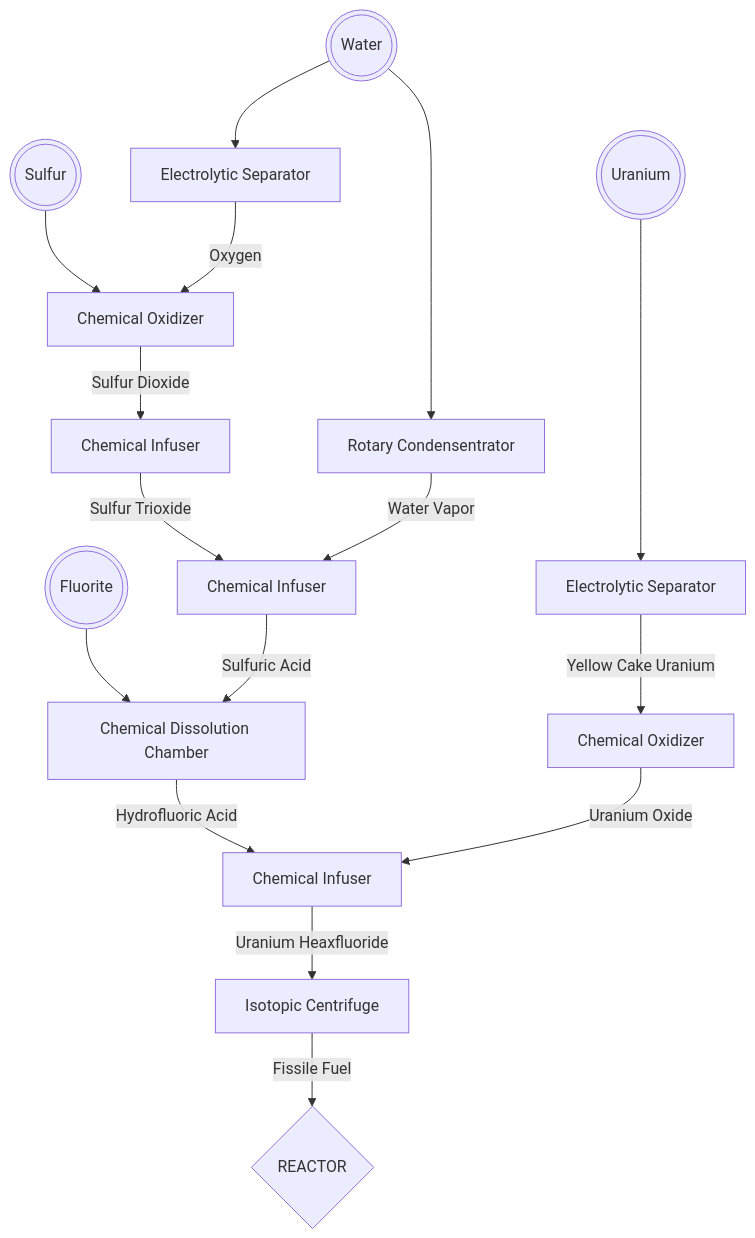
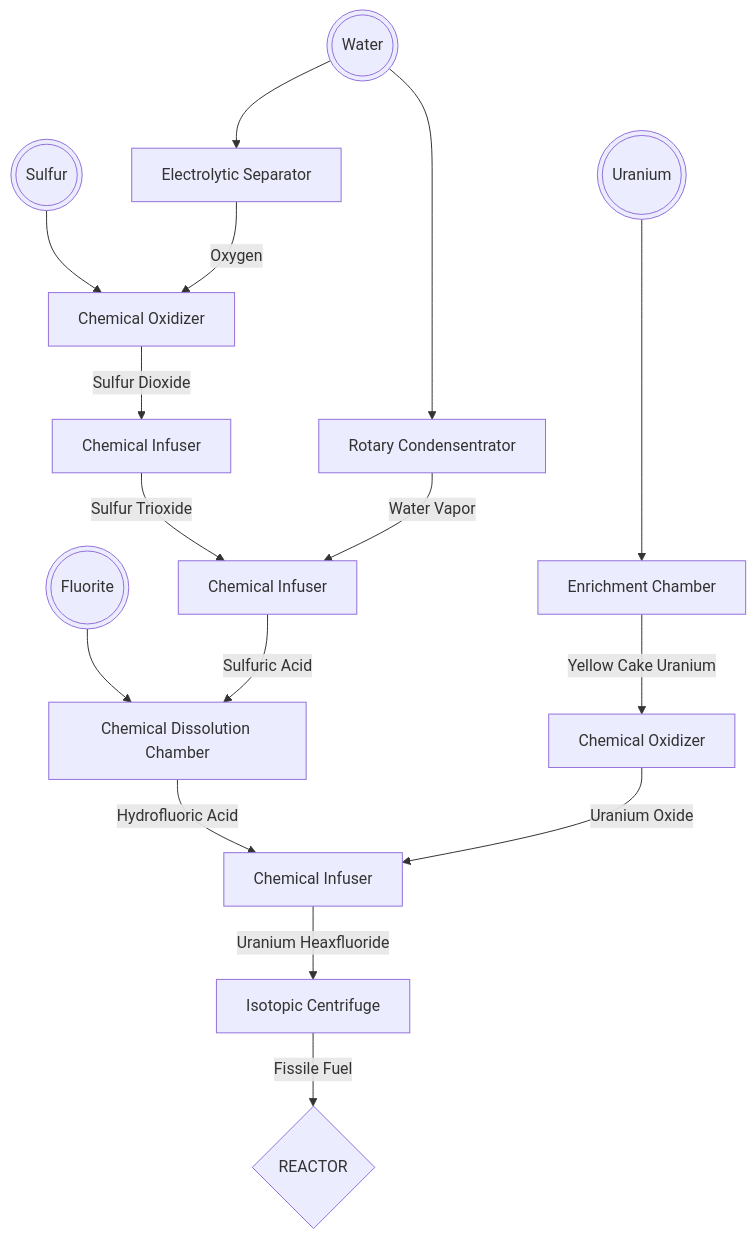
One commit to AllTheMods/alltheguides changed the diagram in docs/atm6/mekanism.md. Above: the diagram before and after it, drawn with Mermaid.

````diff
--- a/docs/atm6/mekanism.md
+++ b/docs/atm6/mekanism.md
@@ -10,20 +10,20 @@
     ```mermaid
     graph TD
     W(((Water))) --> ES_O[Electrolytic Separator]
     S(((Sulfur))) --> CO_SD[Chemical Oxidizer]
     U(((Uranium)))
     ES_O -- Oxygen --> CO_SD -- Sulfur Dioxide --> CI_ST[Chemical Infuser]
     W --> RC_WV[Rotary Condensentrator]
     CI_ST -- Sulfur Trioxide --> CI_SA[Chemical Infuser]
     RC_WV -- Water Vapor --> CI_SA
     F(((Fluorite))) --> CDC_HA[Chemical Dissolution Chamber]
     CI_SA -- Sulfuric Acid --> CDC_HA
     CDC_HA -- Hydrofluoric Acid --> CI_UH[Chemical Infuser]
 
-    U ----> EC_YCU[Electrolytic Separator]
+    U ----> EC_YCU[Enrichment Chamber]
     EC_YCU -- Yellow Cake Uranium --> CO_UO[Chemical Oxidizer]
     CO_UO -- Uranium Oxide --> CI_UH
 
     CI_UH -- Uranium Heaxfluoride --> IC_FF[Isotopic Centrifuge]
     IC_FF -- Fissile Fuel --> R{REACTOR}
     ```
````
